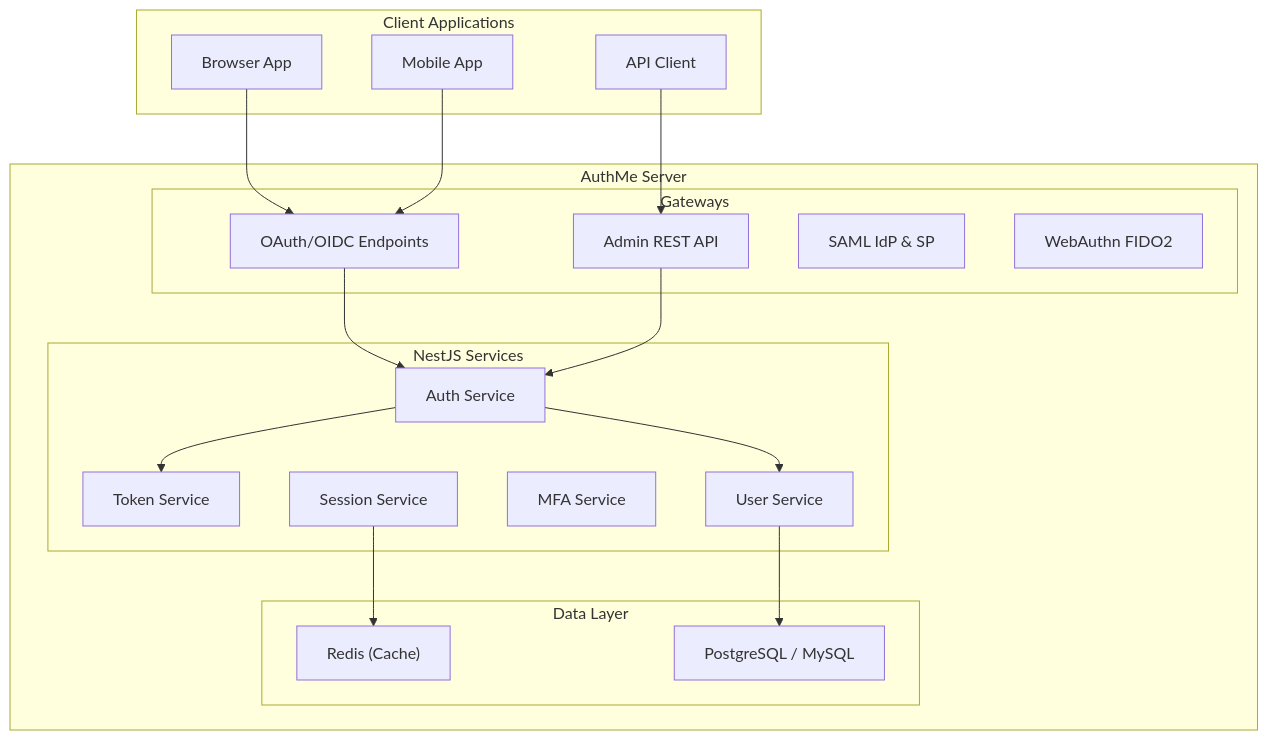
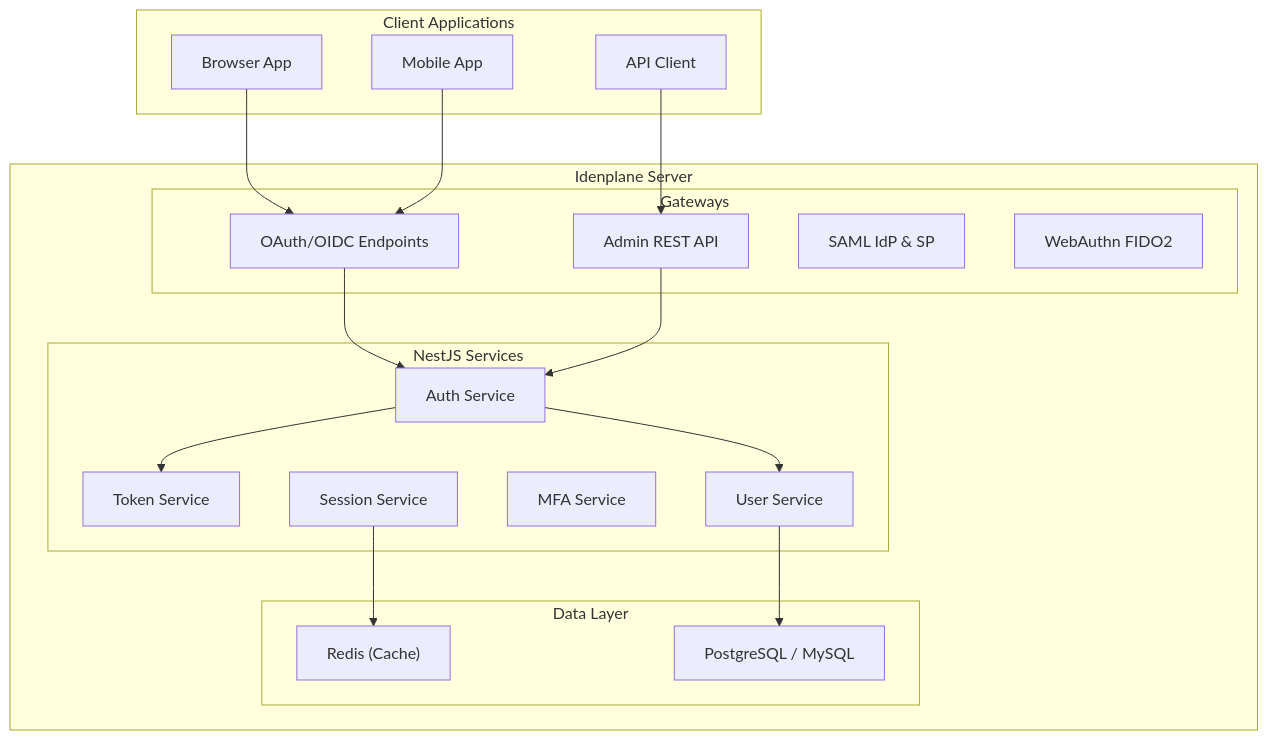
One commit to idenplane/idenplane changed the diagram in docs/docs/intro.md. Above: the diagram before and after it, drawn with Mermaid. The commit also changed other lines of this file and 582 other files, not shown here.

First line of the commit message:
chore(rebrand): rename project from AuthMe to Idenplane (#889)

````diff
--- a/docs/docs/intro.md
+++ b/docs/docs/intro.md
@@ -88,40 +88,40 @@
 ```mermaid
 graph TB
     subgraph Client["Client Applications"]
         Browser["Browser App"]
         Mobile["Mobile App"]
         API["API Client"]
     end
 
-    subgraph AuthMe["AuthMe Server"]
+    subgraph Idenplane["Idenplane Server"]
         subgraph Gateways["Gateways"]
             AdminAPI["Admin REST API"]
             OAuth["OAuth/OIDC Endpoints"]
             SAML["SAML IdP & SP"]
             WebAuthn["WebAuthn FIDO2"]
         end
 
         subgraph Services["NestJS Services"]
             AuthService["Auth Service"]
             TokenService["Token Service"]
             UserService["User Service"]
             MFAService["MFA Service"]
             SessionService["Session Service"]
         end
 
         subgraph Storage["Data Layer"]
             Redis["Redis (Cache)"]
             Postgres["PostgreSQL / MySQL"]
         end
     end
 
     Browser --> OAuth
     Mobile --> OAuth
     API --> AdminAPI
     OAuth --> AuthService
     AdminAPI --> AuthService
     AuthService --> TokenService
     AuthService --> UserService
     SessionService --> Redis
     UserService --> Postgres
 ```
````
